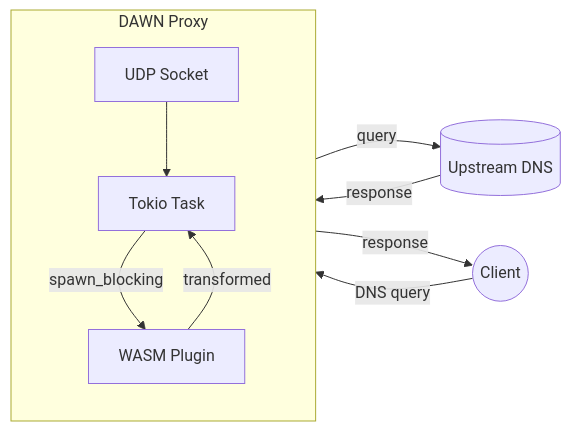
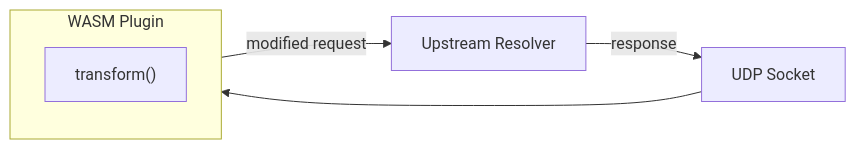
One commit to jumpthewall/DAWN changed the diagram in README.md. Above: the diagram before and after it, drawn with Mermaid. The commit also changed other lines of this file, not shown here.

````diff
--- a/README.md
+++ b/README.md
@@ -31,18 +31,9 @@
 ```mermaid
 flowchart LR
-    subgraph DAWN["DAWN Proxy"]
-        direction TB
-        UDP["UDP Socket"]
-        Tokio["Tokio Task"]
-        WASM["WASM Plugin"]
-
-        UDP --> Tokio
-        Tokio -- spawn_blocking --> WASM
-        WASM -- transformed --> Tokio
+    Socket["UDP Socket"] --> WASM
+    subgraph WASM["WASM Plugin"]
+        transform["transform()"]
     end
-
-    Client((Client)) -- DNS query --> UDP
-    Tokio -- query --> Upstream[(Upstream DNS)]
-    Upstream -- response --> Tokio
-    Tokio -- response --> Client
+    WASM -- modified request --> Upstream["Upstream Resolver"]
+    Upstream -- response --> Socket
 ```
````
